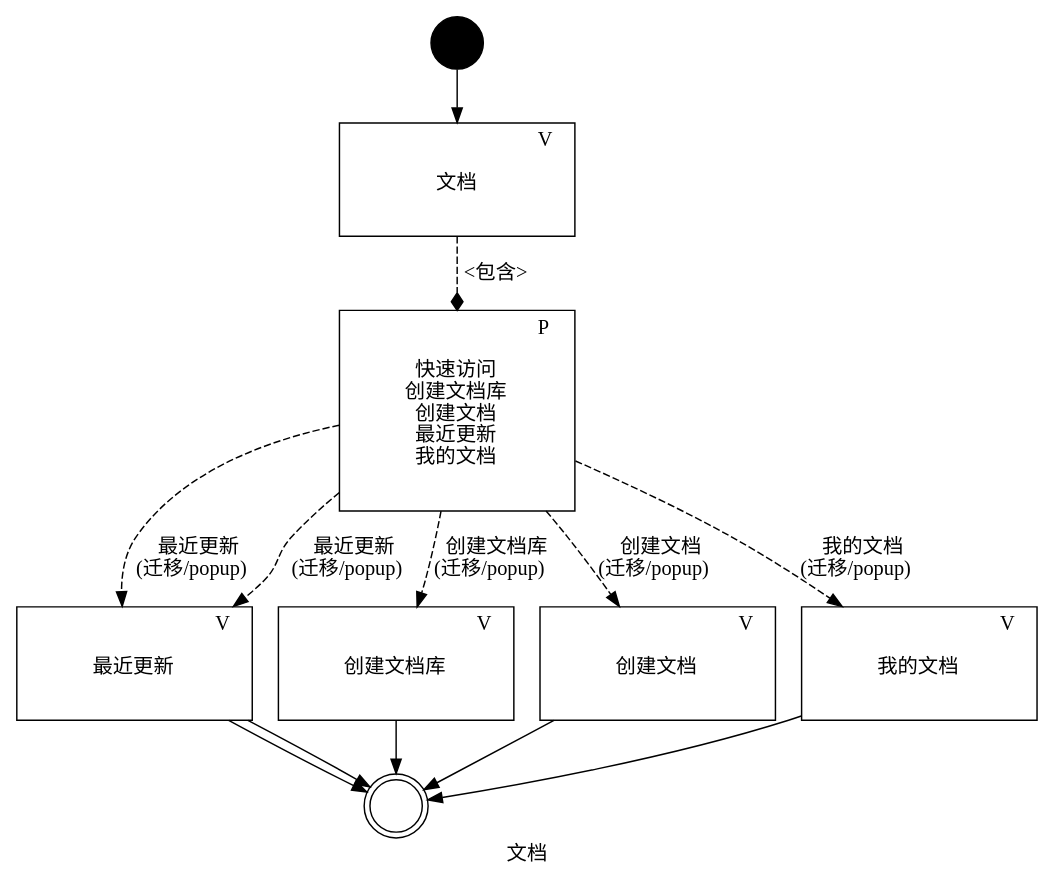
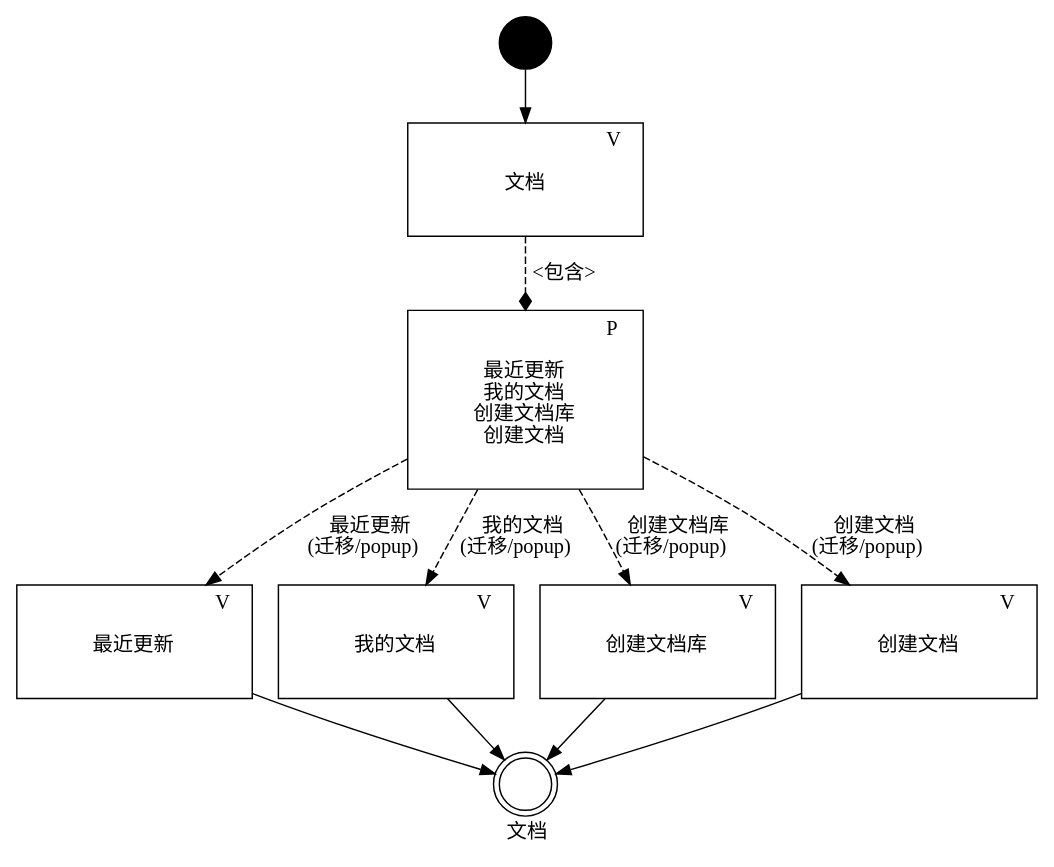
Before and after one commit to zj335841911/nt_chandao: the diagram in ibizpms-docs/src/main/doc/v1/app/web/func/DocLibLibTabExpView.md, drawn with PlantUML. The commit also changed 4 other files, not shown here.

```diff
--- a/ibizpms-docs/src/main/doc/v1/app/web/func/DocLibLibTabExpView.md
+++ b/ibizpms-docs/src/main/doc/v1/app/web/func/DocLibLibTabExpView.md
@@ -31,11 +31,10 @@
 </TR>
 <TR>
 <TD BORDER="0" COLSPAN="4" CELLPADDING="10">
-快速访问<BR/>
+最近更新<BR/>
+我的文档<BR/>
 创建文档库<BR/>
 创建文档<BR/>
-最近更新<BR/>
-我的文档<BR/>
 <BR/></TD>
 </TR>
 </TABLE>
@@ -49,6 +48,19 @@
 </TR>
 <TR>
 <TD BORDER="0" COLSPAN="4" CELLPADDING="10">最近更新<BR/><BR/></TD>
+</TR>
+</TABLE>
+>];
+
+
+
+MyDocQuickAccess [shape=none, margin=0, label=<
+<TABLE WIDTH="150" BORDER="1" CELLBORDER="1" >
+<TR>
+<TD WIDTH="115" BORDER="0" COLSPAN="3"></TD><TD WIDTH="35" BORDER="0">V</TD>
+</TR>
+<TR>
+<TD BORDER="0" COLSPAN="4" CELLPADDING="10">我的文档<BR/><BR/></TD>
 </TR>
 </TABLE>
 >];
@@ -81,32 +93,6 @@
 
 
 
-RecentUpdateQuickAccess [shape=none, margin=0, label=<
-<TABLE WIDTH="150" BORDER="1" CELLBORDER="1" >
-<TR>
-<TD WIDTH="115" BORDER="0" COLSPAN="3"></TD><TD WIDTH="35" BORDER="0">V</TD>
-</TR>
-<TR>
-<TD BORDER="0" COLSPAN="4" CELLPADDING="10">最近更新<BR/><BR/></TD>
-</TR>
-</TABLE>
->];
-
-
-
-MyDocQuickAccess [shape=none, margin=0, label=<
-<TABLE WIDTH="150" BORDER="1" CELLBORDER="1" >
-<TR>
-<TD WIDTH="115" BORDER="0" COLSPAN="3"></TD><TD WIDTH="35" BORDER="0">V</TD>
-</TR>
-<TR>
-<TD BORDER="0" COLSPAN="4" CELLPADDING="10">我的文档<BR/><BR/></TD>
-</TR>
-</TABLE>
->];
-
-
-
 start -> own ;
 own -> part [style=dashed,arrowhead=diamond,label="<包含>"] ;
 
@@ -114,6 +100,12 @@
 part -> RecentUpdateQuickAccess [style=dashed,label=<最近更新<BR/>(迁移/popup)>];
 
 RecentUpdateQuickAccess -> end ;
+
+
+
+part -> MyDocQuickAccess [style=dashed,label=<我的文档<BR/>(迁移/popup)>];
+
+MyDocQuickAccess -> end ;
 
 
 
@@ -129,18 +121,6 @@
 
 
 
-part -> RecentUpdateQuickAccess [style=dashed,label=<最近更新<BR/>(迁移/popup)>];
-
-RecentUpdateQuickAccess -> end ;
-
-
-
-part -> MyDocQuickAccess [style=dashed,label=<我的文档<BR/>(迁移/popup)>];
-
-MyDocQuickAccess -> end ;
-
-
-
 }
 
 {% endplantuml %}
```
